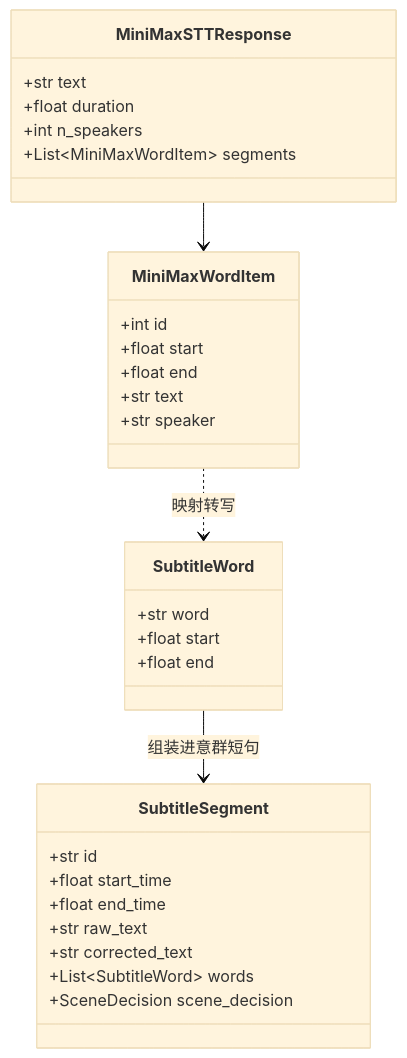
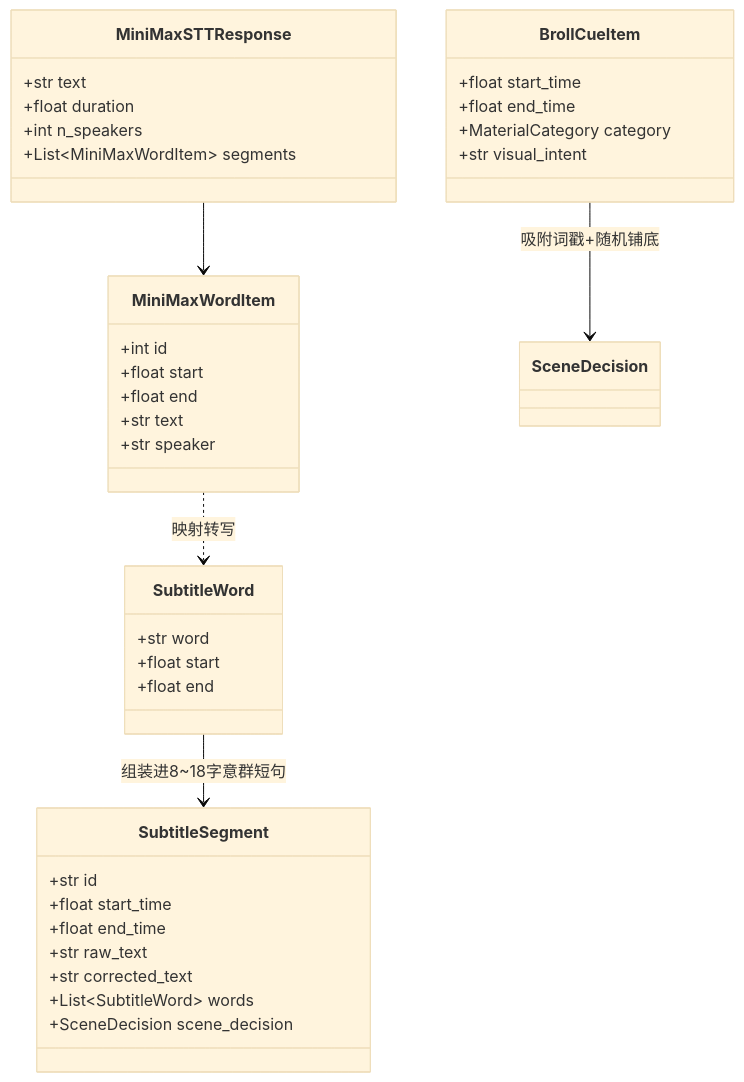
Before and after one commit to zioncessss/video_cut: the first of 2 diagrams in specs/006-minimax-asr-llm/data-model.md, drawn with Mermaid (base theme). The commit also changed other lines of this file and 18 other files, not shown here.

````diff
--- a/specs/006-minimax-asr-llm/data-model.md
+++ b/specs/006-minimax-asr-llm/data-model.md
@@ -55,33 +84,40 @@
 ```mermaid
 classDiagram
     class MiniMaxSTTResponse {
         +str text
         +float duration
         +int n_speakers
         +List~MiniMaxWordItem~ segments
     }
     class MiniMaxWordItem {
         +int id
         +float start
         +float end
         +str text
         +str speaker
     }
     class SubtitleWord {
         +str word
         +float start
         +float end
     }
     class SubtitleSegment {
         +str id
         +float start_time
         +float end_time
         +str raw_text
         +str corrected_text
         +List~SubtitleWord~ words
         +SceneDecision scene_decision
     }
+    class BrollCueItem {
+        +float start_time
+        +float end_time
+        +MaterialCategory category
+        +str visual_intent
+    }
     MiniMaxSTTResponse --> MiniMaxWordItem
     MiniMaxWordItem ..> SubtitleWord : 映射转写
-    SubtitleWord --> SubtitleSegment : 组装进意群短句
+    SubtitleWord --> SubtitleSegment : 组装进8~18字意群短句
+    BrollCueItem --> SceneDecision : 吸附词戳+随机铺底
 ```
````
